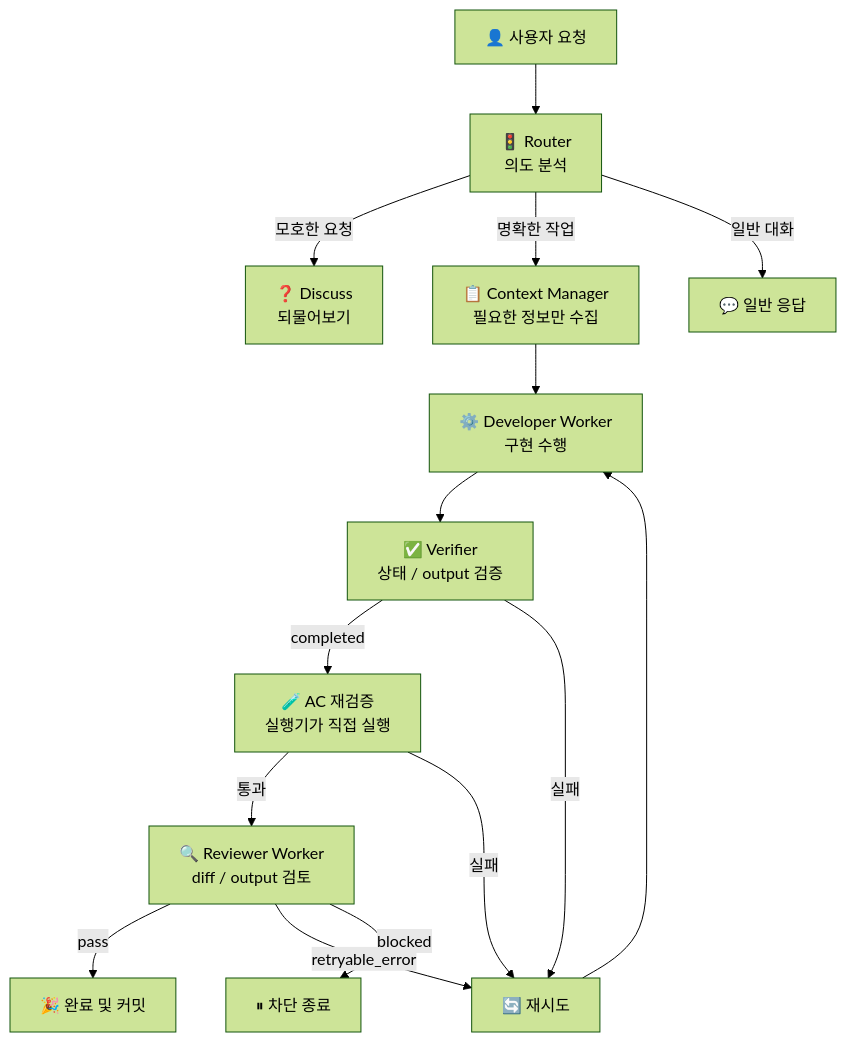
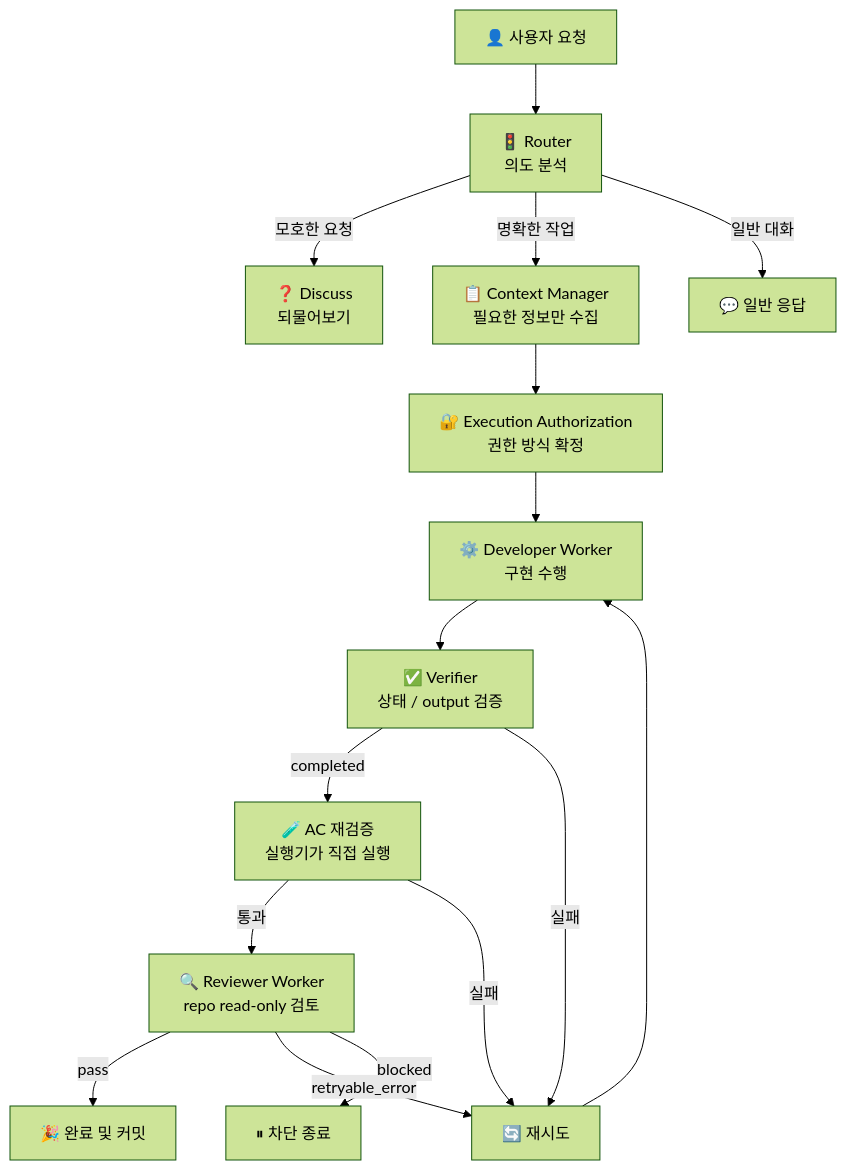
Before and after one commit to KimYeonWook511/commerce-backend: the diagram in docs/skills/dev-start.md, drawn with Mermaid (forest theme). The commit also changed other lines of this file and 14 other files, not shown here.

````diff
--- a/docs/skills/dev-start.md
+++ b/docs/skills/dev-start.md
@@ -9,17 +9,18 @@
 ```mermaid
 flowchart TD
     A["👤 사용자 요청"] --> B["🚦 Router<br>의도 분석"]
     B -->|모호한 요청| C["❓ Discuss<br>되물어보기"]
     B -->|명확한 작업| D["📋 Context Manager<br>필요한 정보만 수집"]
     B -->|일반 대화| E["💬 일반 응답"]
-    D --> F["⚙️ Developer Worker<br>구현 수행"]
+    D --> M["🔐 Execution Authorization<br>권한 방식 확정"]
+    M --> F["⚙️ Developer Worker<br>구현 수행"]
     F --> G["✅ Verifier<br>상태 / output 검증"]
     G -->|completed| H["🧪 AC 재검증<br>실행기가 직접 실행"]
-    H -->|통과| I["🔍 Reviewer Worker<br>diff / output 검토"]
+    H -->|통과| I["🔍 Reviewer Worker<br>repo read-only 검토"]
     H -->|실패| J["🔄 재시도"]
     G -->|실패| J
     I -->|pass| K["🎉 완료 및 커밋"]
     I -->|retryable_error| J
     I -->|blocked| L["⏸ 차단 종료"]
     J --> F
 ```
````
